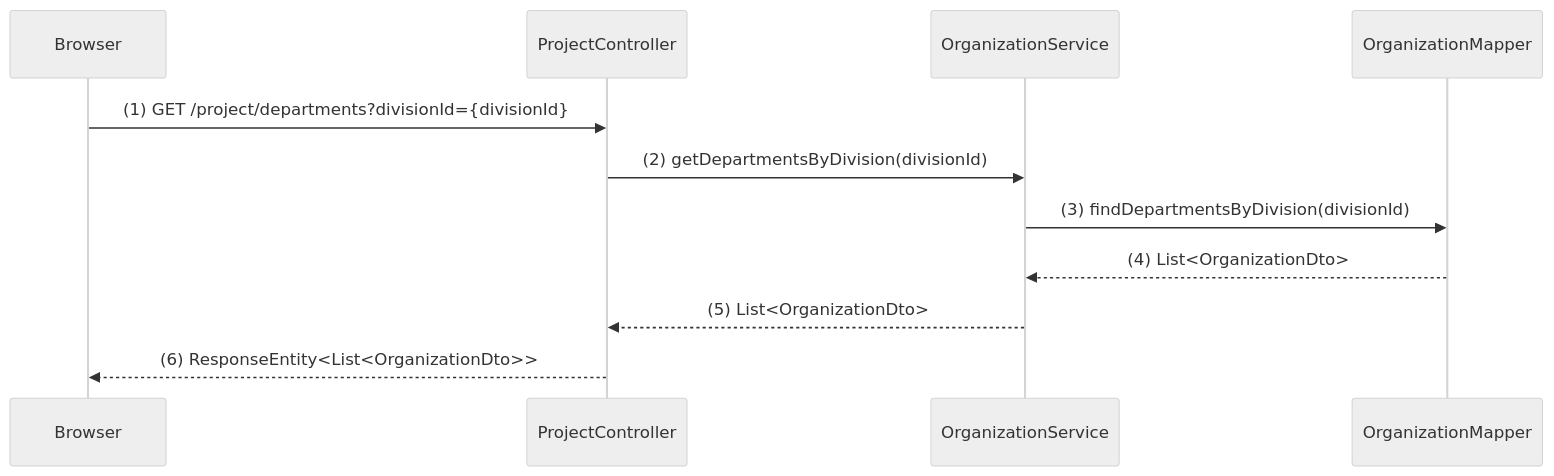
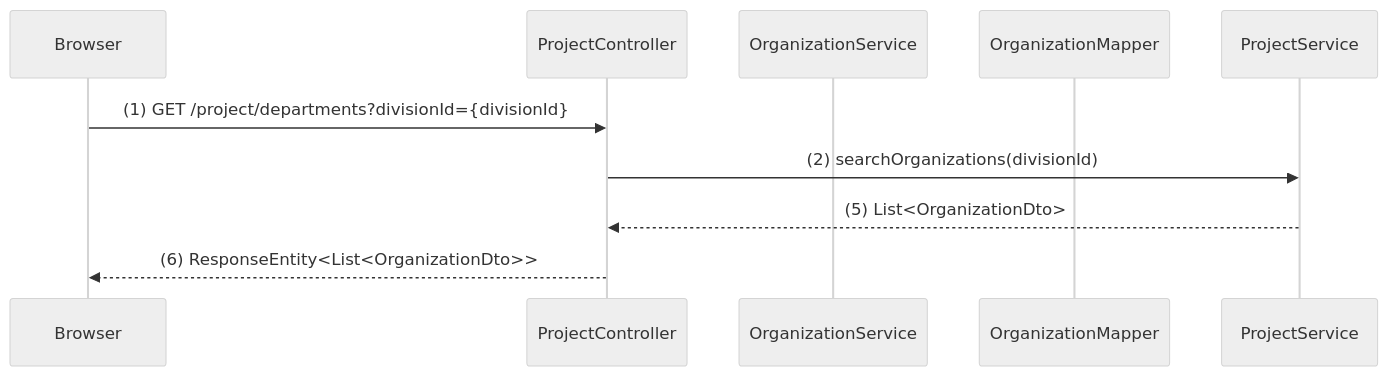
One commit to nagaoka-aya/rta-with-ai-2 changed the second of 5 diagrams in web/docs/plan/プロジェクト照会実装計画.md. Above: the diagram before and after it, drawn with Mermaid (neutral theme). The commit also changed other lines of this file and 3 other files, not shown here.

````diff
--- a/web/docs/plan/プロジェクト照会実装計画.md
+++ b/web/docs/plan/プロジェクト照会実装計画.md
@@ -145,19 +144,17 @@
 ```mermaid
 sequenceDiagram
     participant Browser
     participant ProjectController
     participant OrganizationService
     participant OrganizationMapper
 
     %% ① 部門リスト取得リクエスト
     Browser ->> ProjectController: (1) GET /project/departments?divisionId={divisionId}
     
     %% ② 部門一覧取得
-    ProjectController ->> OrganizationService: (2) getDepartmentsByDivision(divisionId)
-    OrganizationService ->> OrganizationMapper: (3) findDepartmentsByDivision(divisionId)
-    OrganizationMapper -->> OrganizationService: (4) List<OrganizationDto>
-    OrganizationService -->> ProjectController: (5) List<OrganizationDto>
+    ProjectController ->> ProjectService: (2) searchOrganizations(divisionId)
+    ProjectService -->> ProjectController: (5) List<OrganizationDto>
     
     %% ③ JSONレスポンス
     ProjectController -->> Browser: (6) ResponseEntity<List<OrganizationDto>>
 ```
````
